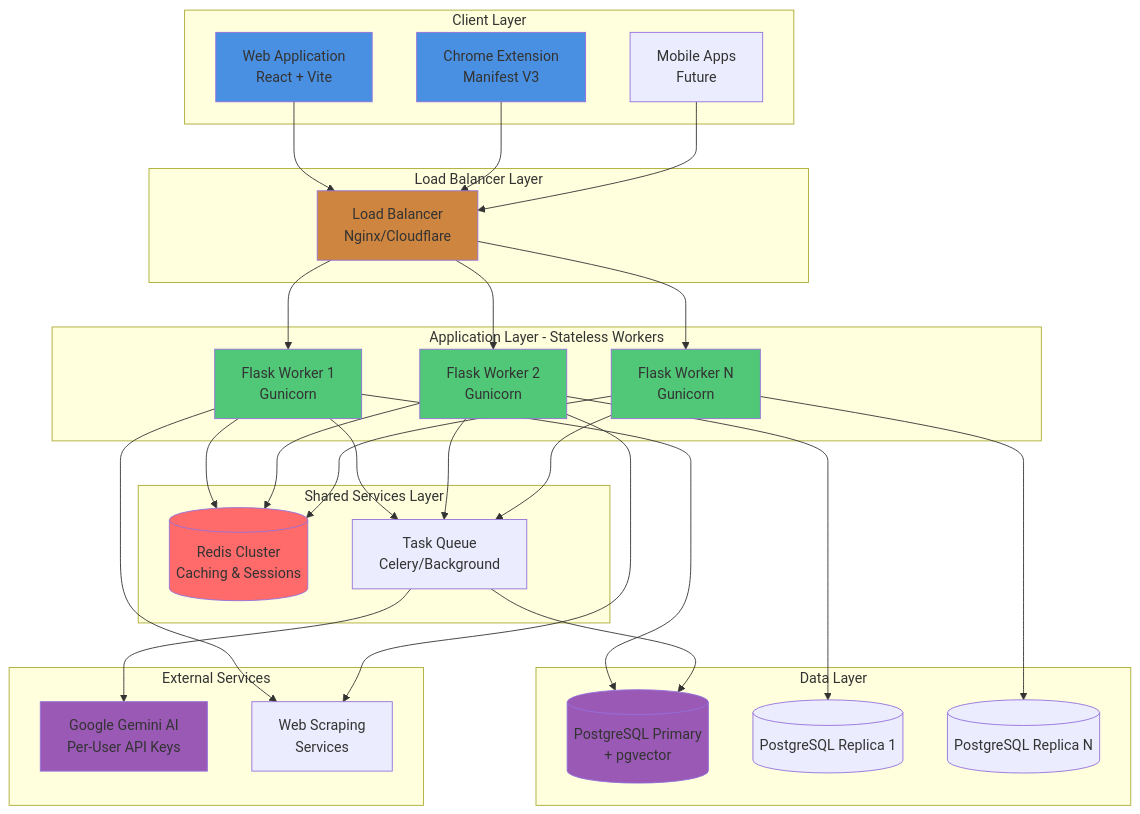
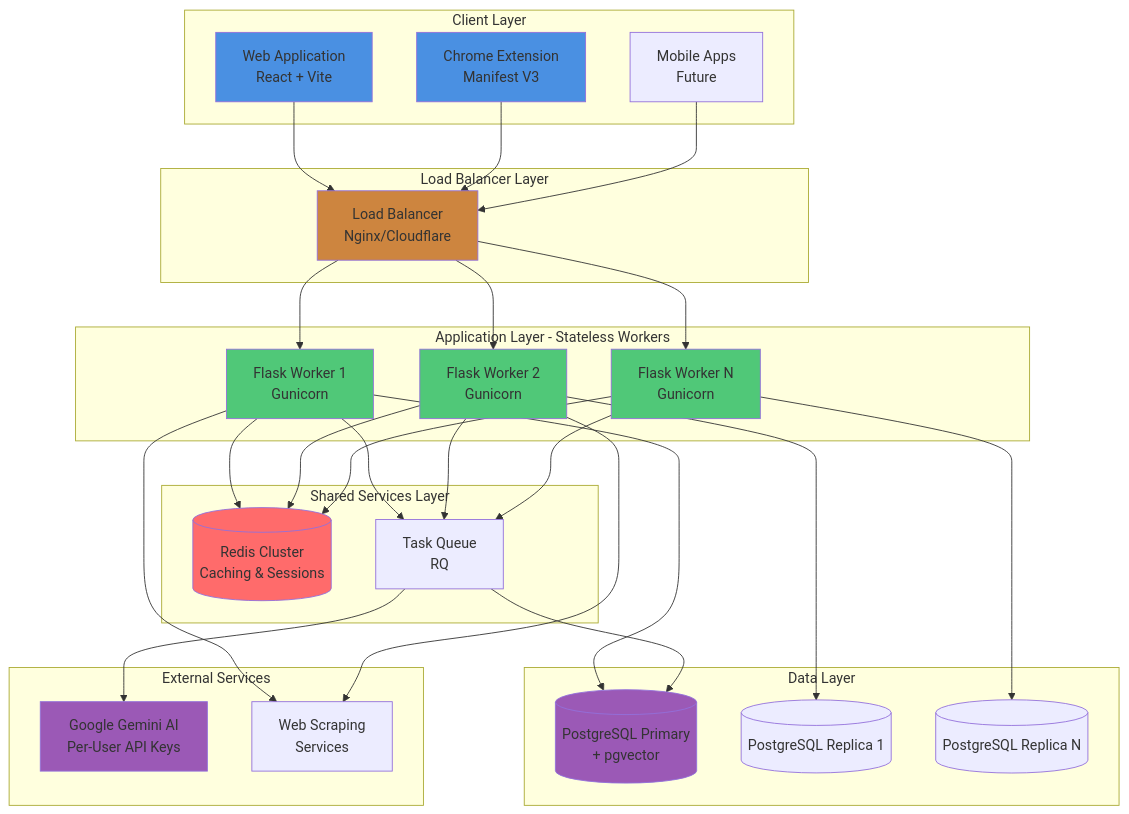
The second of 21 diagrams in docs/ARCHITECTURE.md (Ujjwaljain16/Fuze), drawn with Mermaid before and after one commit. The commit also changed other lines of this file and 2 other files, not shown here.

````diff
--- a/docs/ARCHITECTURE.md
+++ b/docs/ARCHITECTURE.md
@@ -38,70 +111,70 @@
 ```mermaid
 graph TB
     subgraph "Client Layer"
         WebApp[Web Application<br/>React + Vite]
         Extension[Chrome Extension<br/>Manifest V3]
         Mobile[Mobile Apps<br/>Future]
     end
     
     subgraph "Load Balancer Layer"
         LB[Load Balancer<br/>Nginx/Cloudflare]
     end
     
     subgraph "Application Layer - Stateless Workers"
         Worker1[Flask Worker 1<br/>Gunicorn]
         Worker2[Flask Worker 2<br/>Gunicorn]
         WorkerN[Flask Worker N<br/>Gunicorn]
     end
     
     subgraph "Shared Services Layer"
         Redis[(Redis Cluster<br/>Caching & Sessions)]
-        Queue[Task Queue<br/>Celery/Background]
+        Queue[Task Queue<br/>RQ]
     end
     
     subgraph "Data Layer"
         PostgreSQL[(PostgreSQL Primary<br/>+ pgvector)]
         Replica1[(PostgreSQL Replica 1)]
         ReplicaN[(PostgreSQL Replica N)]
     end
     
     subgraph "External Services"
         Gemini[Google Gemini AI<br/>Per-User API Keys]
         WebContent[Web Scraping<br/>Services]
     end
     
     WebApp --> LB
     Extension --> LB
     Mobile --> LB
     
     LB --> Worker1
     LB --> Worker2
     LB --> WorkerN
     
     Worker1 --> Redis
     Worker2 --> Redis
     WorkerN --> Redis
     
     Worker1 --> Queue
     Worker2 --> Queue
     WorkerN --> Queue
     
     Worker1 --> PostgreSQL
     Worker2 --> Replica1
     WorkerN --> ReplicaN
     
     Queue --> PostgreSQL
     Queue --> Gemini
     
     Worker1 --> WebContent
     Worker2 --> WebContent
     
     style WebApp fill:#4a90e2
     style Extension fill:#4a90e2
     style LB fill:#cd853f
     style Worker1 fill:#50c878
     style Worker2 fill:#50c878
     style WorkerN fill:#50c878
     style Redis fill:#ff6b6b
     style PostgreSQL fill:#9b59b6
     style Gemini fill:#9b59b6
 ```
````
